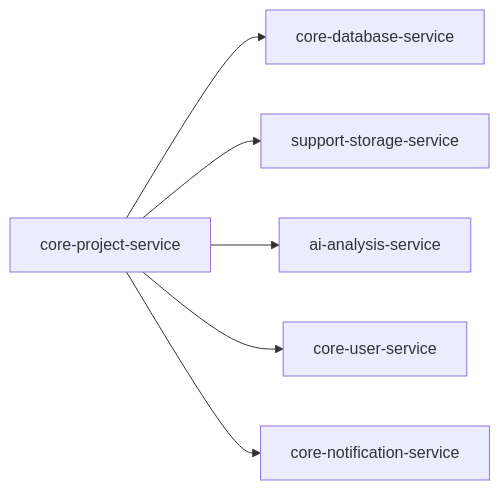
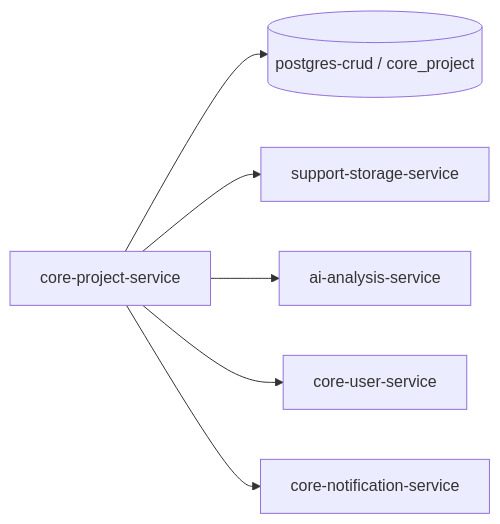
The second of 6 diagrams in microservices/core-project-service.md (VisioBook-ESP/docs-architecture), drawn with Mermaid before and after one commit. The commit also changed other lines of this file and 15 other files, not shown here.

````diff
--- a/microservices/core-project-service.md
+++ b/microservices/core-project-service.md
@@ -378,8 +378,8 @@
 ```mermaid
 graph LR
-    PS[core-project-service] --> DB[core-database-service]
+    PS[core-project-service] --> PG[(postgres-crud / core_project)]
     PS --> STORAGE[support-storage-service]
     PS --> AI[ai-analysis-service]
     PS --> USER[core-user-service]
     PS --> NOTIF[core-notification-service]
 ```
````
